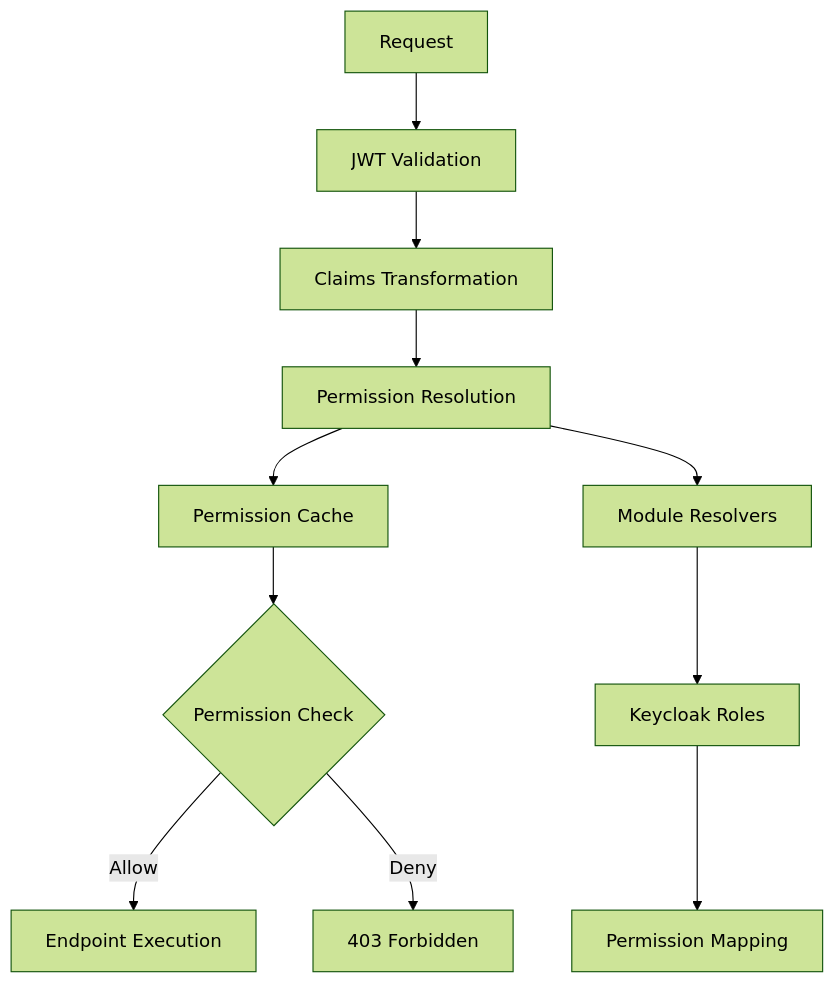
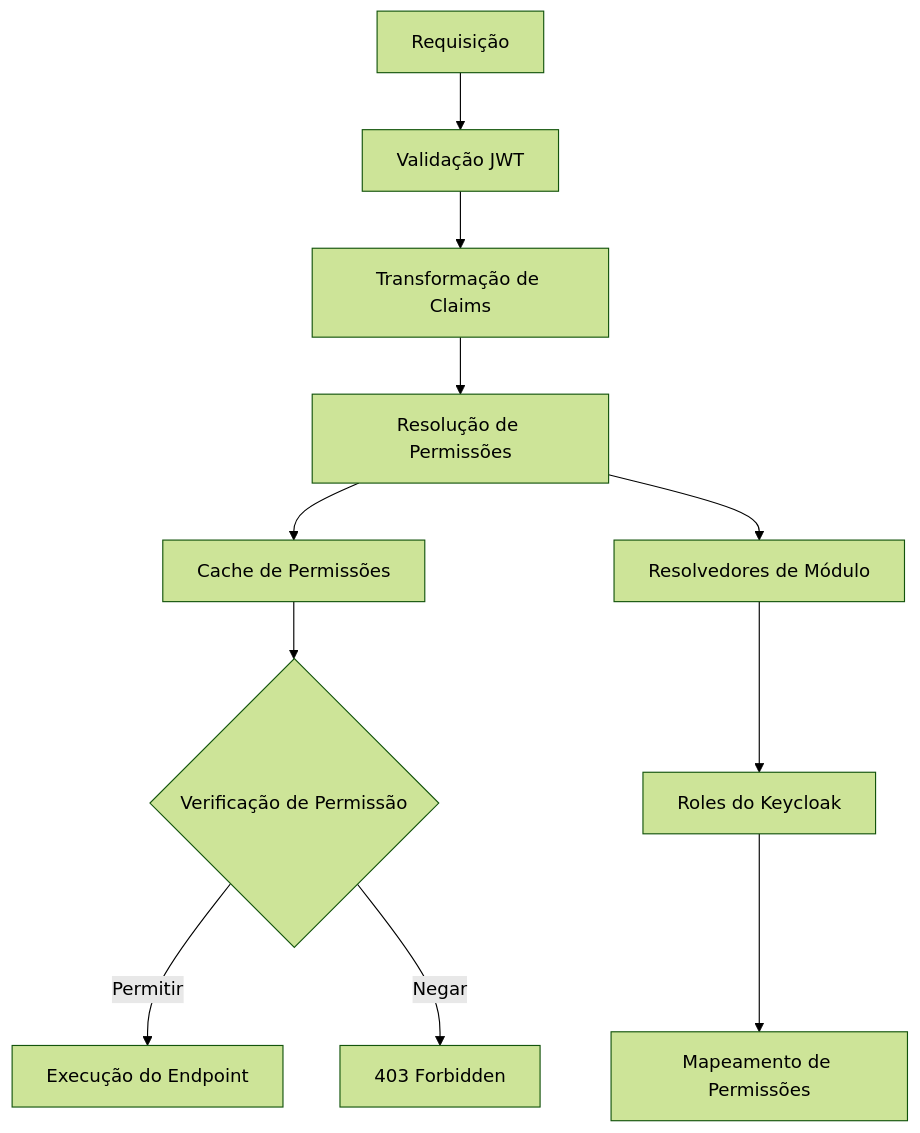
One commit to frigini/MeAjudaAi changed the diagram in docs/authentication-and-authorization.md. Above: the diagram before and after it, drawn with Mermaid (forest theme). The commit also changed other lines of this file and 58 other files, not shown here.

````diff
--- a/docs/authentication-and-authorization.md
+++ b/docs/authentication-and-authorization.md
@@ -35,14 +35,14 @@
 ```mermaid
 graph TD
-    A[Request] --> B[JWT Validation]
-    B --> C[Claims Transformation]
-    C --> D[Permission Resolution]
-    D --> E[Permission Cache]
-    E --> F{Permission Check}
-    F -->|Allow| G[Endpoint Execution]
-    F -->|Deny| H[403 Forbidden]
+    A[Requisição] --> B[Validação JWT]
+    B --> C[Transformação de Claims]
+    C --> D[Resolução de Permissões]
+    D --> E[Cache de Permissões]
+    E --> F{Verificação de Permissão}
+    F -->|Permitir| G[Execução do Endpoint]
+    F -->|Negar| H[403 Forbidden]
     
-    D --> I[Module Resolvers]
-    I --> J[Keycloak Roles]
-    J --> K[Permission Mapping]
+    D --> I[Resolvedores de Módulo]
+    I --> J[Roles do Keycloak]
+    J --> K[Mapeamento de Permissões]
 ```
````
